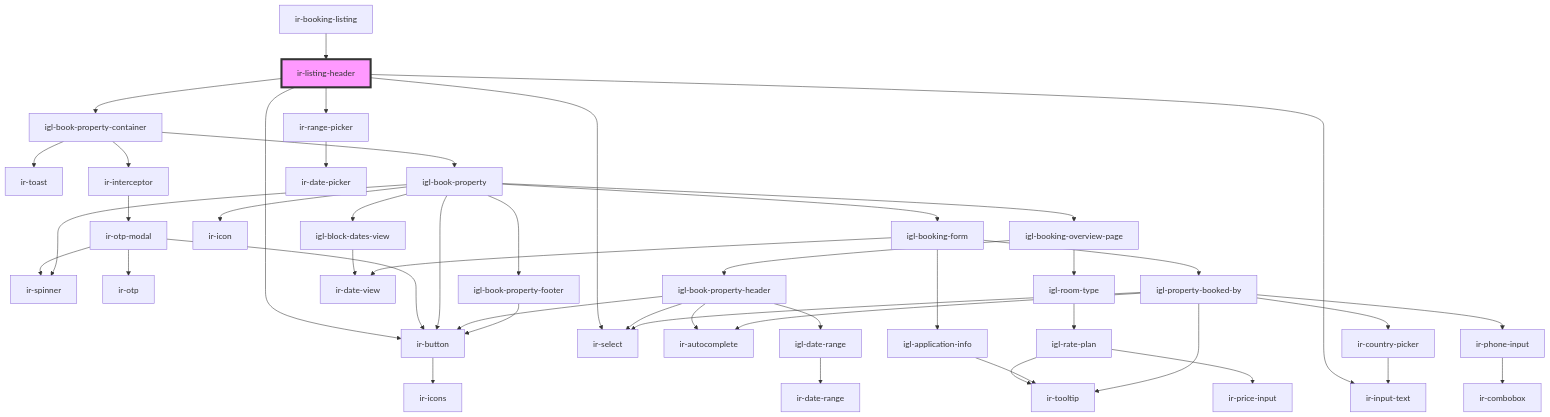
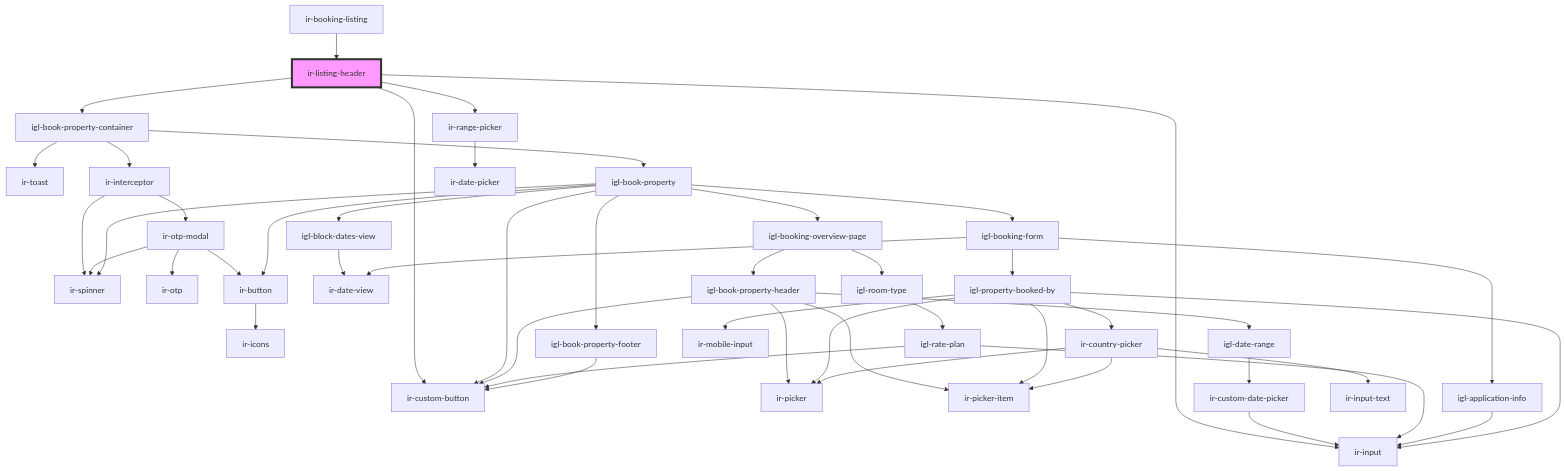
Before and after one commit to RonyRizk/ir-webcmp: the diagram in src/components/ir-booking-listing/ir-listing-header/readme.md, drawn with Mermaid. The commit also changed other lines of this file and 433 other files, not shown here.

````diff
--- a/src/components/ir-booking-listing/ir-listing-header/readme.md
+++ b/src/components/ir-booking-listing/ir-listing-header/readme.md
@@ -39,49 +38,51 @@
 ```mermaid
 graph TD;
   ir-listing-header --> igl-book-property-container
-  ir-listing-header --> ir-button
-  ir-listing-header --> ir-input-text
-  ir-listing-header --> ir-select
+  ir-listing-header --> ir-custom-button
+  ir-listing-header --> ir-input
   ir-listing-header --> ir-range-picker
   igl-book-property-container --> ir-toast
   igl-book-property-container --> ir-interceptor
   igl-book-property-container --> igl-book-property
+  ir-interceptor --> ir-spinner
   ir-interceptor --> ir-otp-modal
   ir-otp-modal --> ir-spinner
   ir-otp-modal --> ir-otp
   ir-otp-modal --> ir-button
   ir-button --> ir-icons
   igl-book-property --> igl-block-dates-view
   igl-book-property --> ir-spinner
-  igl-book-property --> ir-icon
+  igl-book-property --> ir-custom-button
   igl-book-property --> igl-booking-overview-page
   igl-book-property --> igl-booking-form
   igl-book-property --> ir-button
   igl-book-property --> igl-book-property-footer
   igl-block-dates-view --> ir-date-view
   igl-booking-overview-page --> igl-book-property-header
   igl-booking-overview-page --> igl-room-type
-  igl-book-property-header --> ir-autocomplete
-  igl-book-property-header --> ir-select
-  igl-book-property-header --> ir-button
+  igl-book-property-header --> ir-picker
+  igl-book-property-header --> ir-picker-item
+  igl-book-property-header --> ir-custom-button
   igl-book-property-header --> igl-date-range
-  igl-date-range --> ir-date-range
+  igl-date-range --> ir-custom-date-picker
+  ir-custom-date-picker --> ir-input
   igl-room-type --> igl-rate-plan
-  igl-rate-plan --> ir-tooltip
-  igl-rate-plan --> ir-price-input
+  igl-rate-plan --> ir-input
+  igl-rate-plan --> ir-custom-button
   igl-booking-form --> ir-date-view
   igl-booking-form --> igl-application-info
   igl-booking-form --> igl-property-booked-by
-  igl-application-info --> ir-tooltip
-  igl-property-booked-by --> ir-autocomplete
-  igl-property-booked-by --> ir-tooltip
+  igl-application-info --> ir-input
+  igl-property-booked-by --> ir-picker
+  igl-property-booked-by --> ir-picker-item
+  igl-property-booked-by --> ir-input
   igl-property-booked-by --> ir-country-picker
-  igl-property-booked-by --> ir-phone-input
-  igl-property-booked-by --> ir-select
+  igl-property-booked-by --> ir-mobile-input
+  ir-country-picker --> ir-picker
+  ir-country-picker --> ir-picker-item
   ir-country-picker --> ir-input-text
-  ir-phone-input --> ir-combobox
-  igl-book-property-footer --> ir-button
+  igl-book-property-footer --> ir-custom-button
   ir-range-picker --> ir-date-picker
   ir-booking-listing --> ir-listing-header
   style ir-listing-header fill:#f9f,stroke:#333,stroke-width:4px
 ```
````
